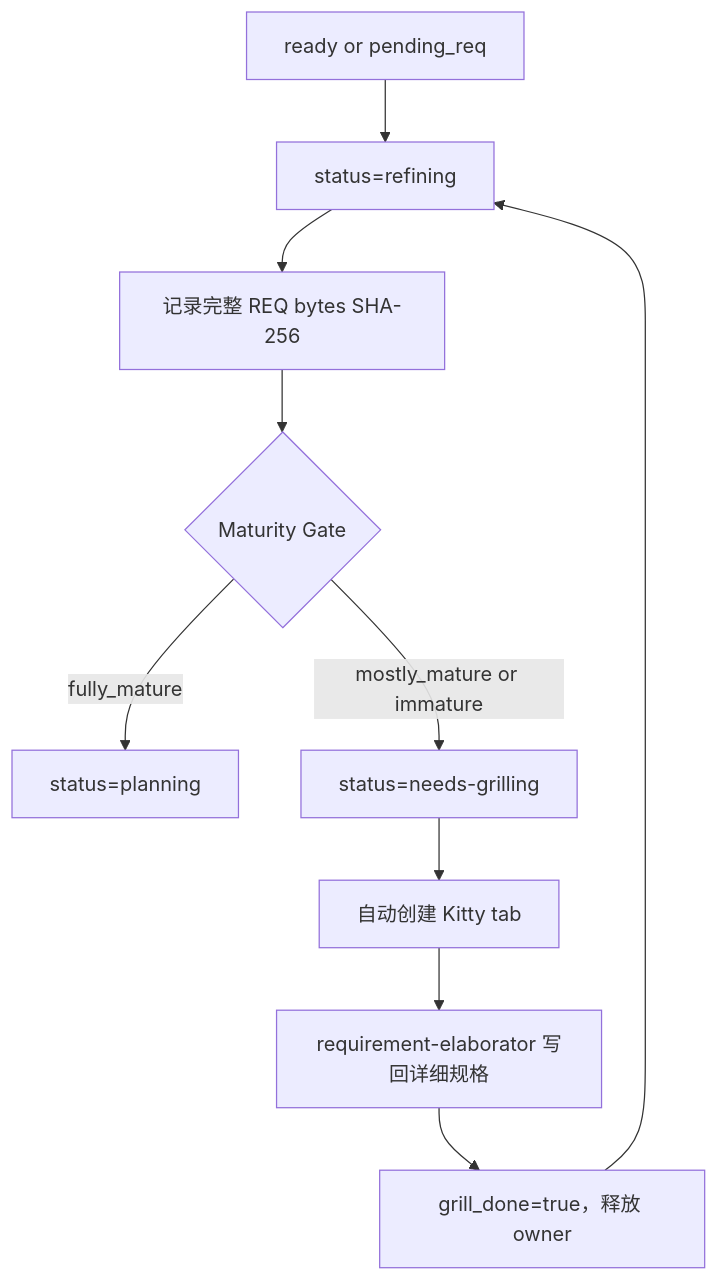
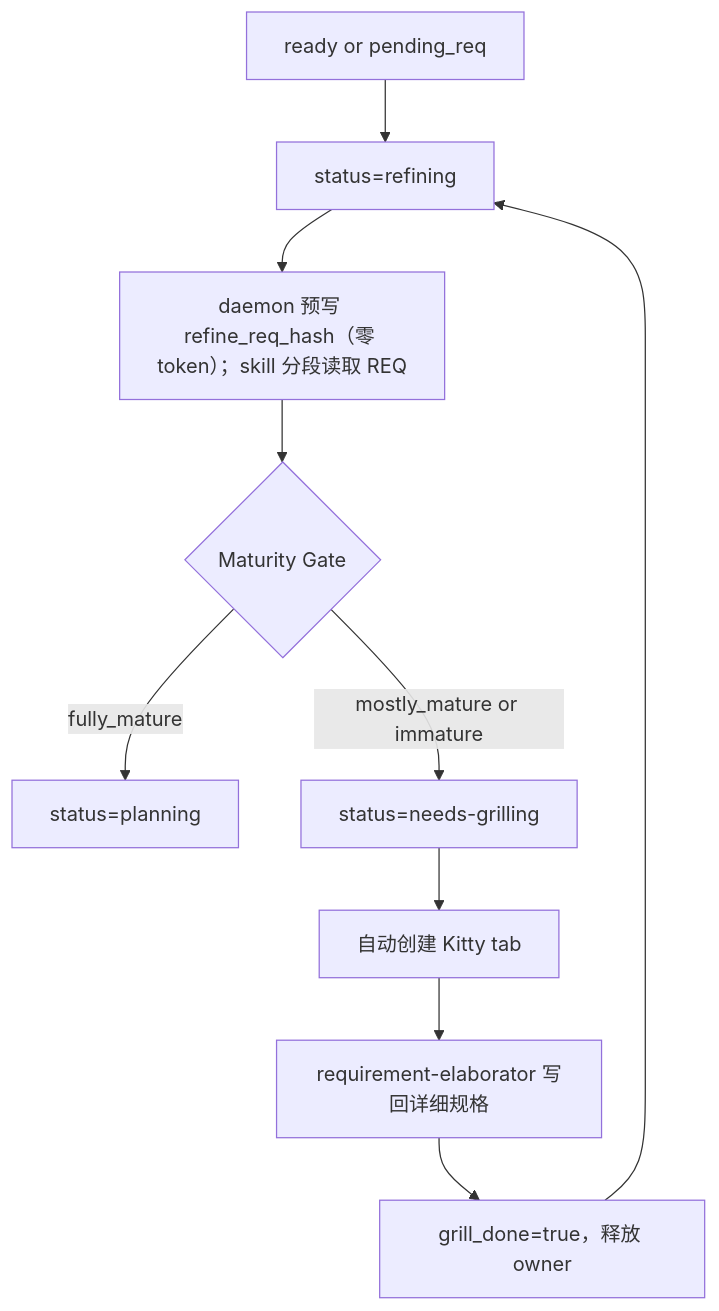
One commit to ndzuki/obsidian-task-runner changed the fourth of 5 diagrams in docs/workflow.md. Above: the diagram before and after it, drawn with Mermaid. The commit also changed other lines of this file and 36 other files, not shown here.

````diff
--- a/docs/workflow.md
+++ b/docs/workflow.md
@@ -242,12 +242,12 @@
 ```mermaid
 flowchart TD
     Start[ready or pending_req] --> Refining[status=refining]
-    Refining --> Hash[记录完整 REQ bytes SHA-256]
+    Refining --> Hash[daemon 预写 refine_req_hash（零 token）；skill 分段读取 REQ]
     Hash --> Gate{Maturity Gate}
     Gate -->|fully_mature| Planning[status=planning]
     Gate -->|mostly_mature or immature| Grilling[status=needs-grilling]
     Grilling --> Kitty[自动创建 Kitty tab]
     Kitty --> Spec[requirement-elaborator 写回详细规格]
     Spec --> Done[grill_done=true，释放 owner]
     Done --> Refining
 ```
````
